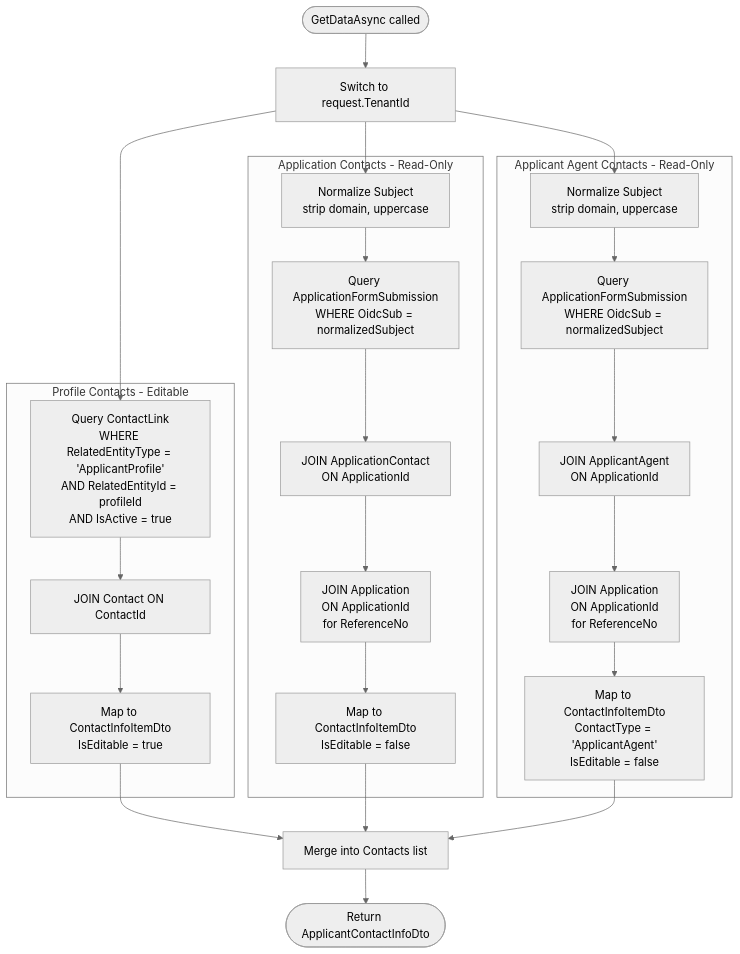
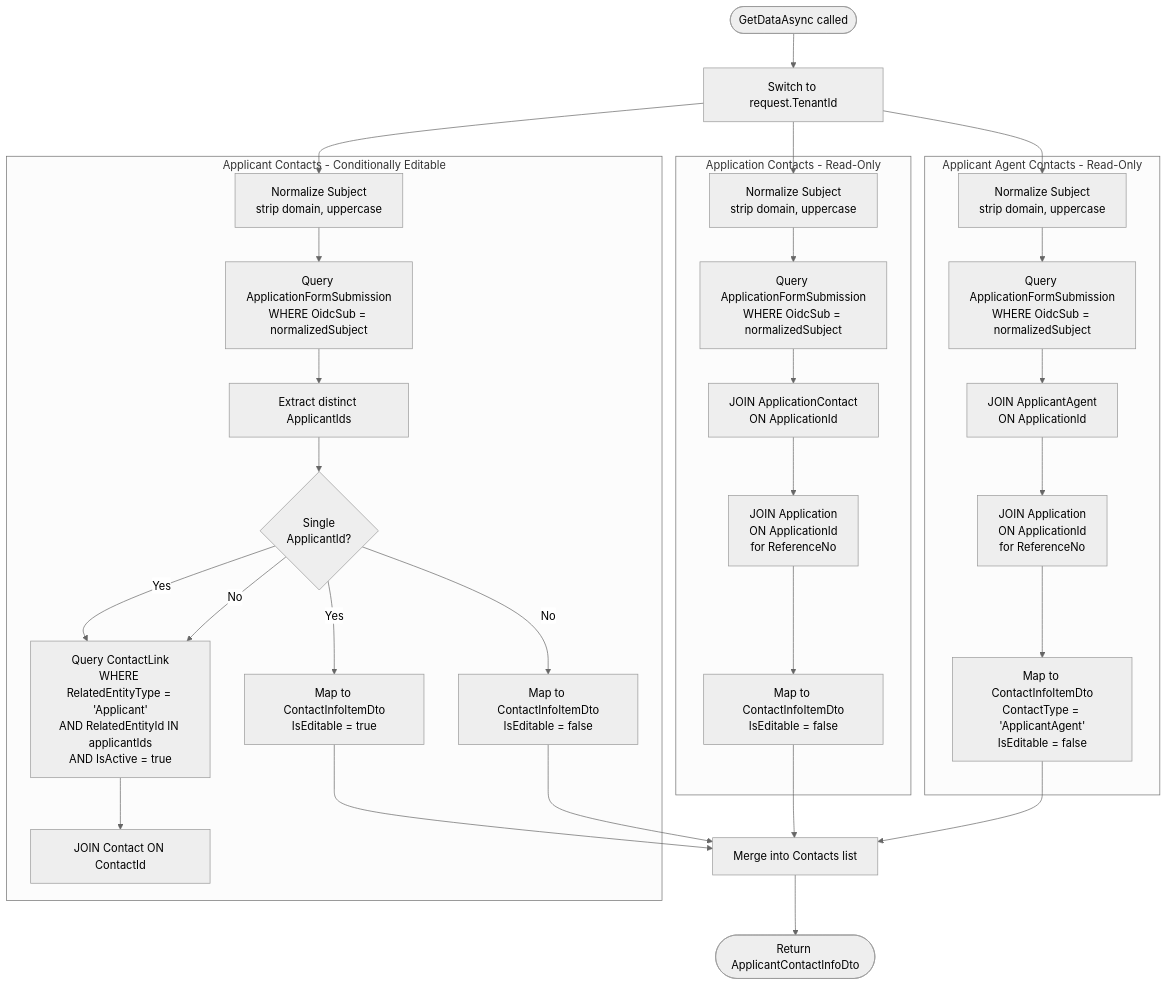
The third of 8 diagrams in documentation/applicant-portal/applicant-profile-data-providers.md (bcgov/Unity), drawn with Mermaid (neutral theme) before and after one commit. The commit also changed other lines of this file and 17 other files, not shown here.

````diff
--- a/documentation/applicant-portal/applicant-profile-data-providers.md
+++ b/documentation/applicant-portal/applicant-profile-data-providers.md
@@ -131,39 +131,50 @@
 ```mermaid
 flowchart TD
     Start([GetDataAsync called])
     Tenant["Switch to request.TenantId"]
 
-    subgraph ProfileContacts["Profile Contacts - Editable"]
-        PC1["Query ContactLink<br/>WHERE RelatedEntityType = 'ApplicantProfile'<br/>AND RelatedEntityId = profileId<br/>AND IsActive = true"]
+    subgraph ProfileContacts["Applicant Contacts - Conditionally Editable"]
+        PC0["Normalize Subject<br/>strip domain, uppercase"]
+        PC0a["Query ApplicationFormSubmission<br/>WHERE OidcSub = normalizedSubject"]
+        PC0b["Extract distinct ApplicantIds"]
+        PC0c{"Single<br/>ApplicantId?"}
+        PC1["Query ContactLink<br/>WHERE RelatedEntityType = 'Applicant'<br/>AND RelatedEntityId IN applicantIds<br/>AND IsActive = true"]
         PC2["JOIN Contact ON ContactId"]
-        PC3["Map to ContactInfoItemDto<br/>IsEditable = true"]
-        PC1 --> PC2 --> PC3
+        PC3e["Map to ContactInfoItemDto<br/>IsEditable = true"]
+        PC3r["Map to ContactInfoItemDto<br/>IsEditable = false"]
+        PC0 --> PC0a --> PC0b --> PC0c
+        PC0c -->|Yes| PC1
+        PC0c -->|No| PC1
+        PC1 --> PC2
+        PC0c -->|Yes| PC3e
+        PC0c -->|No| PC3r
     end
 
     subgraph AppContacts["Application Contacts - Read-Only"]
         AC1["Normalize Subject<br/>strip domain, uppercase"]
         AC2["Query ApplicationFormSubmission<br/>WHERE OidcSub = normalizedSubject"]
         AC3["JOIN ApplicationContact<br/>ON ApplicationId"]
         AC3b["JOIN Application<br/>ON ApplicationId<br/>for ReferenceNo"]
         AC4["Map to ContactInfoItemDto<br/>IsEditable = false"]
         AC1 --> AC2 --> AC3 --> AC3b --> AC4
     end
 
     subgraph AgentContacts["Applicant Agent Contacts - Read-Only"]
         AG1["Normalize Subject<br/>strip domain, uppercase"]
         AG2["Query ApplicationFormSubmission<br/>WHERE OidcSub = normalizedSubject"]
         AG3["JOIN ApplicantAgent<br/>ON ApplicationId"]
         AG3b["JOIN Application<br/>ON ApplicationId<br/>for ReferenceNo"]
         AG4["Map to ContactInfoItemDto<br/>ContactType = 'ApplicantAgent'<br/>IsEditable = false"]
         AG1 --> AG2 --> AG3 --> AG3b --> AG4
     end
 
     Start --> Tenant
-    Tenant --> PC1
+    Tenant --> PC0
     Tenant --> AC1
     Tenant --> AG1
-    PC3 --> Merge["Merge into Contacts list"]
+    PC3e --> Merge["Merge into Contacts list"]
+    PC3r --> Merge
     AC4 --> Merge
     AG4 --> Merge
     Merge --> Return([Return ApplicantContactInfoDto])
 ```
````
